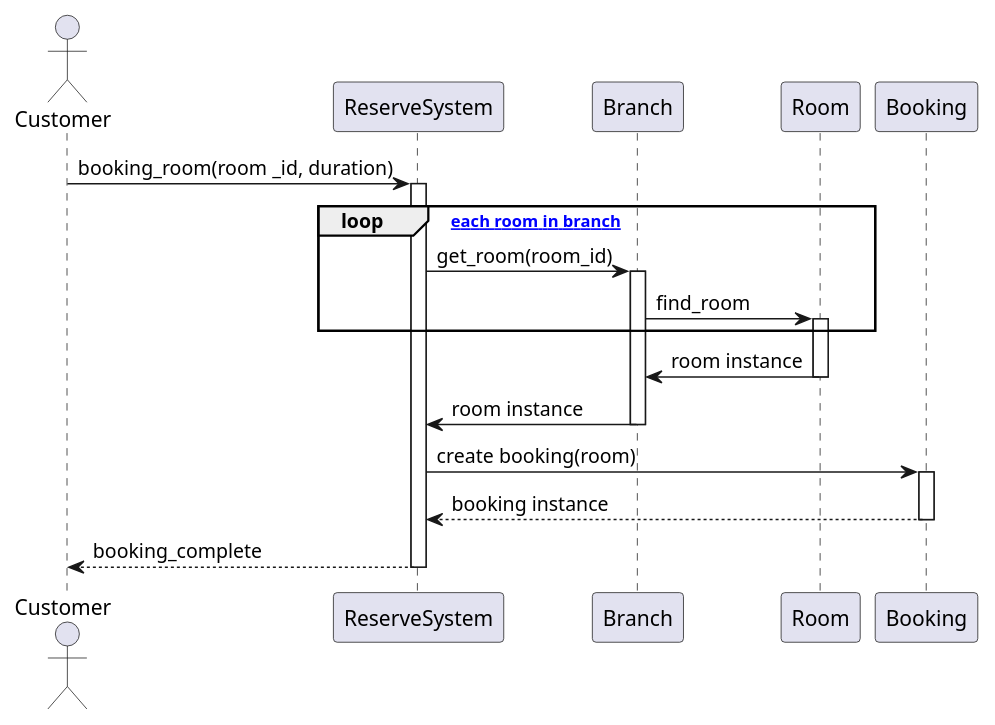
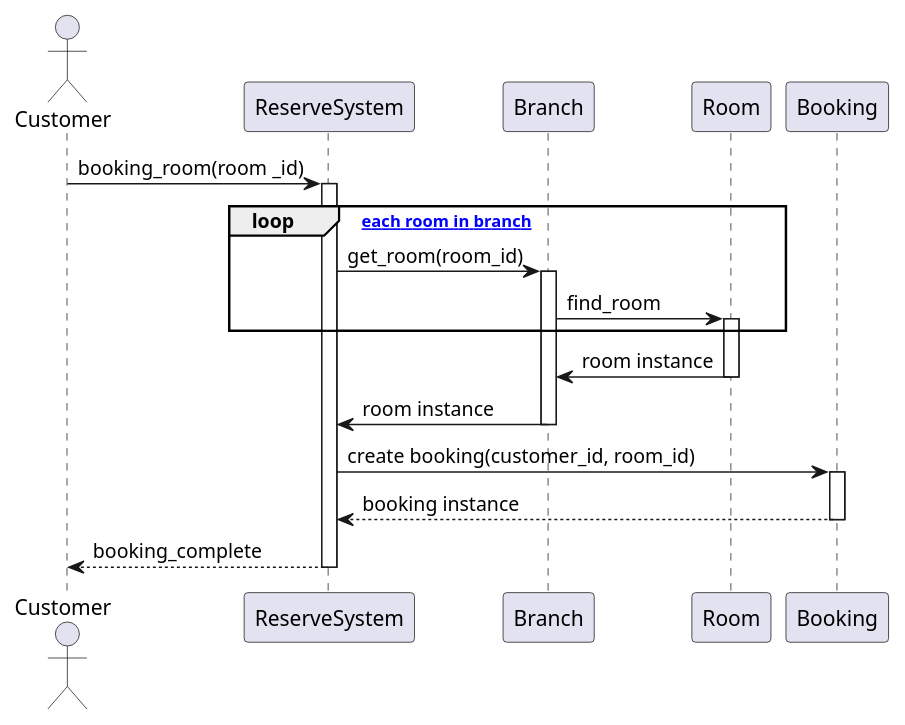
Before and after one commit to pjngth998/RhythmReserve: the diagram in diagram/sequence_diagram/book_practice_room.puml, drawn with PlantUML. The commit also changed 5 other files, not shown here.

```diff
--- a/diagram/sequence_diagram/book_practice_room.puml
+++ b/diagram/sequence_diagram/book_practice_room.puml
@@ -1,39 +1,40 @@
 @startuml
 actor Customer as C
 participant ReserveSystem as Rs
 participant Branch as Br
 participant Room as R
 participant Booking as B
 
 
-C -> Rs: booking_room(room _id, duration)
+
+C -> Rs: booking_room(room _id)
 activate Rs
 loop [for each room in branch]
     Rs -> Br: get_room(room_id)
     activate Br
     Br -> R:find_room
     activate R
     end
 R -> Br: room instance
 deactivate R
 Br -> Rs: room instance
 deactivate Br
-Rs -> B: create booking(room)
+Rs -> B: create booking(customer_id, room_id)
 activate B
 B --> Rs:booking instance
 deactivate B
 Rs --> C: booking_complete
 deactivate Rs
 
 
 
 
 
 
 
     
 
 
 
 
 @enduml
```
